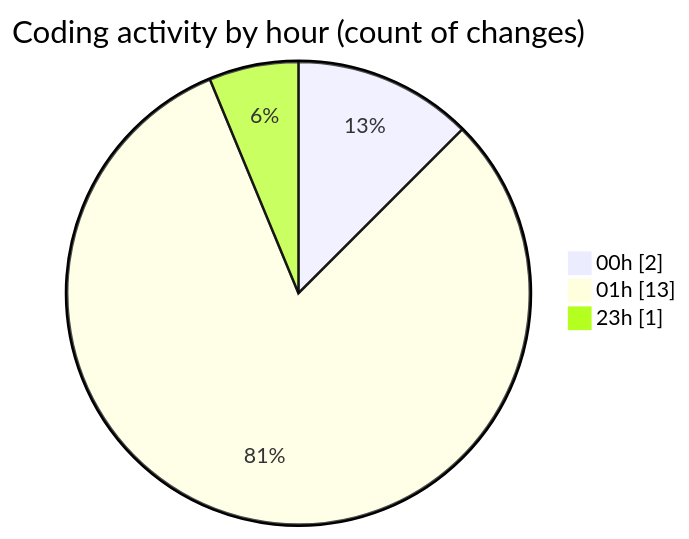
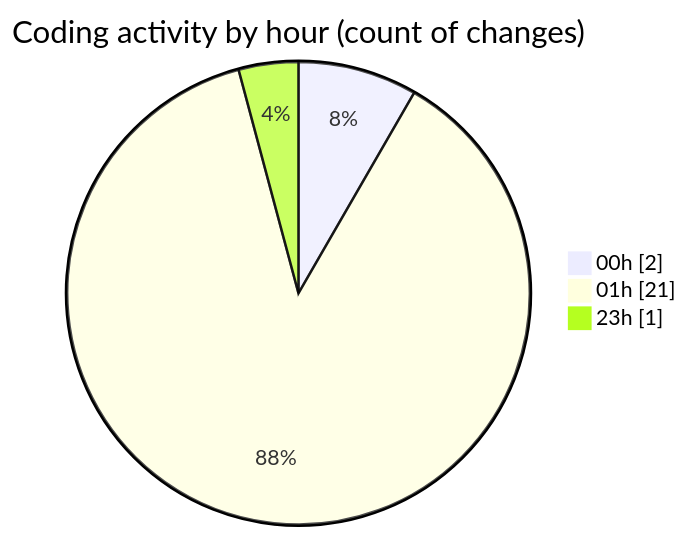
Before and after one commit to lephambinh05/code-tracking: the second of 2 diagrams in 2025-07-19/nhahang/README.md, drawn with Mermaid. The commit also changed other lines of this file and 1 other file, not shown here.

````diff
--- a/2025-07-19/nhahang/README.md
+++ b/2025-07-19/nhahang/README.md
@@ -38,7 +41,7 @@
 ```mermaid
 pie showData
 title Coding activity by hour (count of changes)
 "00h" : 2
-"01h" : 13
+"01h" : 21
 "23h" : 1
 ```
````
